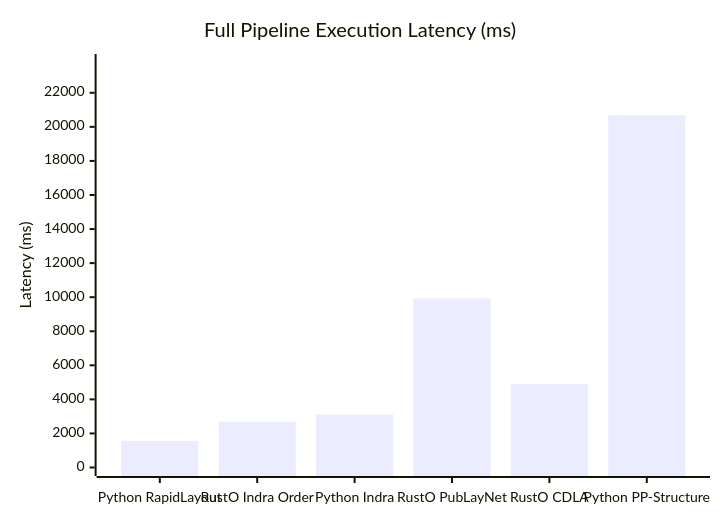
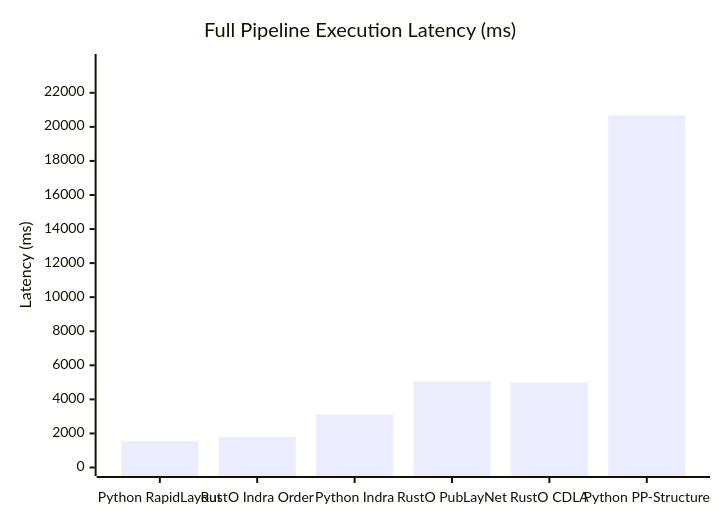
The fifth of 5 diagrams in benchmarks/omnidocbench/OMNIDOCBENCH_EVALUATION_REPORT.md (byrizki/rusto-rs), drawn with Mermaid before and after one commit. The commit also changed other lines of this file and 7 other files, not shown here.

````diff
--- a/benchmarks/omnidocbench/OMNIDOCBENCH_EVALUATION_REPORT.md
+++ b/benchmarks/omnidocbench/OMNIDOCBENCH_EVALUATION_REPORT.md
@@ -107,7 +108,7 @@
 ```mermaid
 xychart-beta
     title "Full Pipeline Execution Latency (ms)"
     x-axis ["Python RapidLayout", "RustO Indra Order", "Python Indra", "RustO PubLayNet", "RustO CDLA", "Python PP-Structure"]
     y-axis "Latency (ms)" 0 --> 23779
-    bar [1562, 2691, 3112, 9932, 4894, 20677]
+    bar [1562, 1795, 3112, 5053, 5005, 20677]
 ```
````
